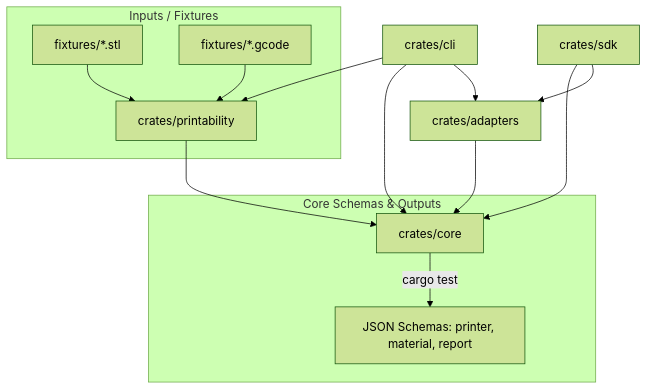
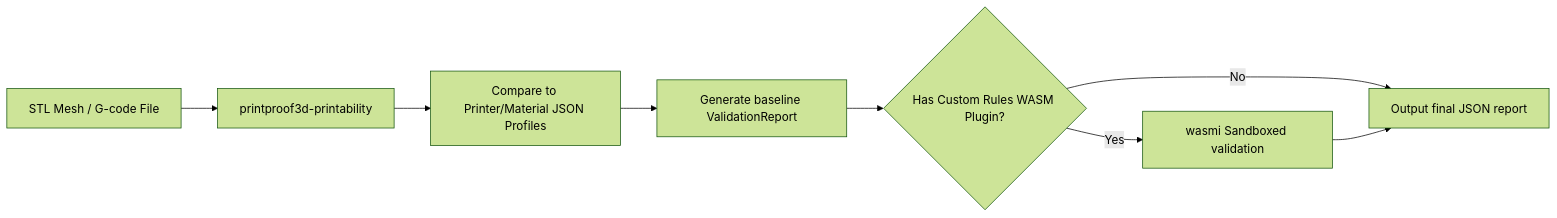
One commit to scottconverse/PrintProof3D changed the fourth of 4 diagrams in ARCHITECTURE.md. Above: the diagram before and after it, drawn with Mermaid (forest theme). The commit also changed other lines of this file and 5 other files, not shown here.

Commit message:
docs: add full pro-level specifications, sequence drawings, developer guide, landing page, and discussion seeds

````diff
--- a/ARCHITECTURE.md
+++ b/ARCHITECTURE.md
@@ -17,21 +101,10 @@
 ```mermaid
-graph TD
-    cli[crates/cli] --> core[crates/core]
-    cli --> printability[crates/printability]
-    cli --> adapters[crates/adapters]
-    
-    sdk[crates/sdk] --> core
-    sdk --> adapters
-    
-    printability --> core
-    adapters --> core
-    
-    subgraph Core Schemas & Outputs
-        core --> |cargo test| schemas[JSON Schemas: printer, material, report]
-    end
-    
-    subgraph Inputs / Fixtures
-        stl[fixtures/*.stl] --> printability
-        gcode[fixtures/*.gcode] --> printability
-    end
+graph LR
+    Input[STL Mesh / G-code File] --> Parser[printproof3d-printability]
+    Parser --> Profile[Compare to Printer/Material JSON Profiles]
+    Profile --> RawReport[Generate baseline ValidationReport]
+    RawReport --> Filter{Has Custom Rules WASM Plugin?}
+    Filter -->|No| Output[Output final JSON report]
+    Filter -->|Yes| Plugins[wasmi Sandboxed validation]
+    Plugins --> Output
 ```
````
